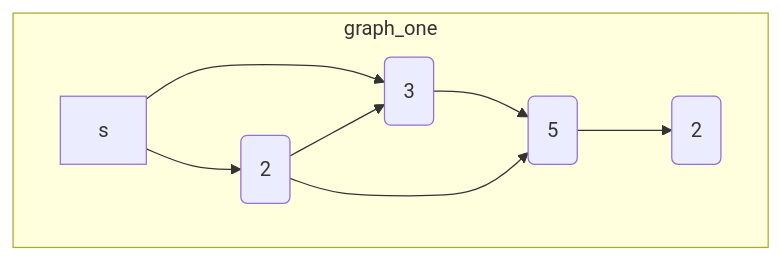
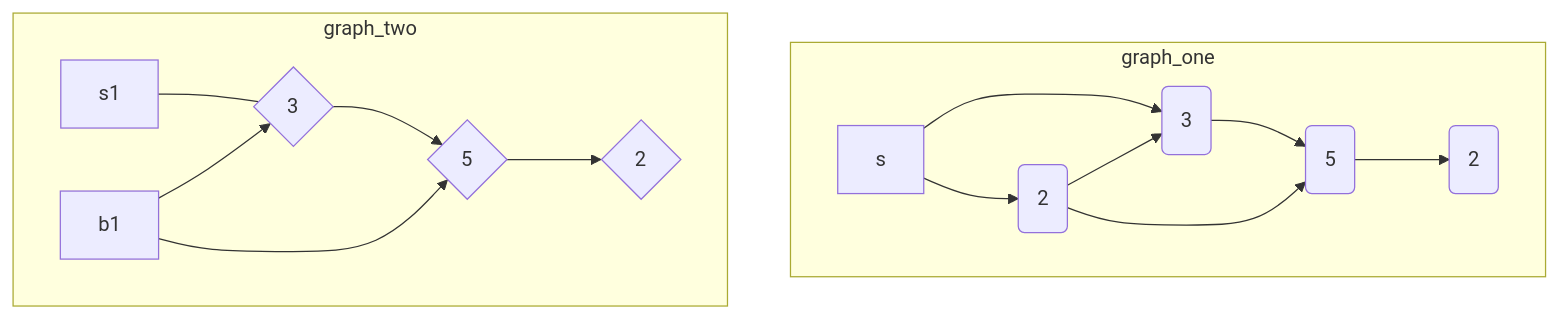
One commit to thomasthaddeus/DataStructuresAlgorithms changed the diagram in assets/modules/PE07/README.md. Above: the diagram before and after it, drawn with Mermaid. The commit also changed other lines of this file and 18 other files, not shown here.

````diff
--- a/assets/modules/PE07/README.md
+++ b/assets/modules/PE07/README.md
@@ -67,11 +67,19 @@
 ```mermaid
-graph TD
+flowchart TD
     subgraph graph_one
     s --> a(6)
     s --> b(2)
     a --> c(1)
     b --> a(3)
     b --> c(5)
     c --> f(2)
     end
+    subgraph graph_two
+    s1 ---
+    a1 --> c1{1}
+    b1 --> a1{3}
+    b1 --> c1{5}
+    c1 --> f1{2}
+    f1
+    end
 ```
````
